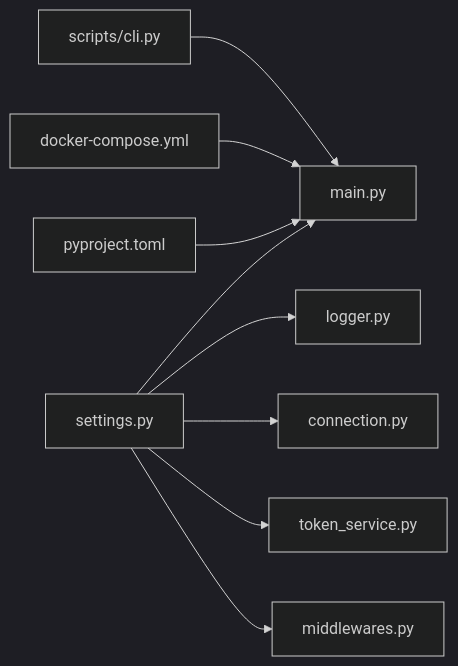
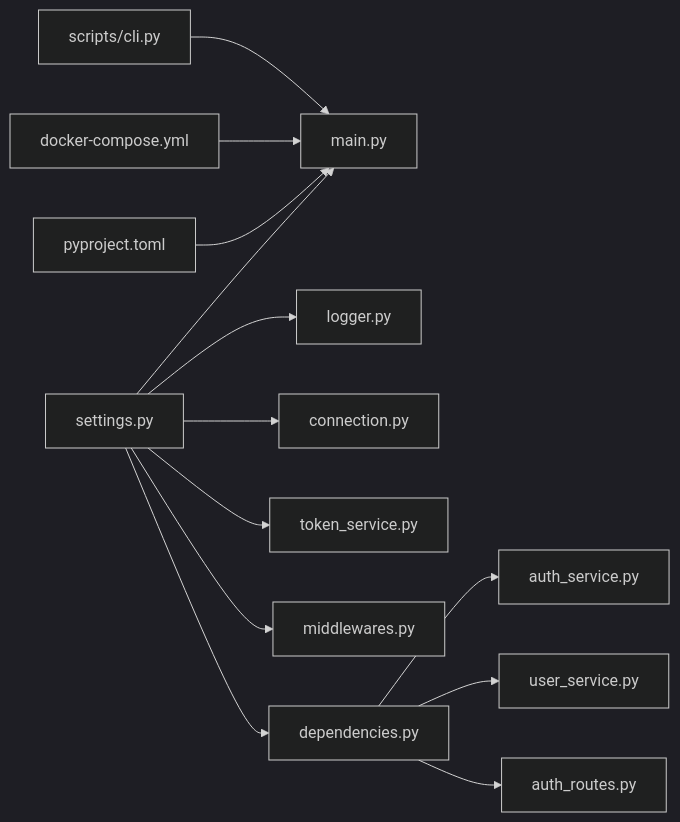
Before and after one commit to taoweidong/Hello-FastApi: the sixth of 6 diagrams in .qoder/repowiki/zh/content/后端架构设计/配置管理系统.md, drawn with Mermaid (dark theme). The commit also changed other lines of this file and 18 other files, not shown here.

````diff
--- a/.qoder/repowiki/zh/content/后端架构设计/配置管理系统.md
+++ b/.qoder/repowiki/zh/content/后端架构设计/配置管理系统.md
@@ -343,11 +435,15 @@
 ```mermaid
 graph LR
 Settings["settings.py"] --> Main["main.py"]
 Settings --> Logger["logger.py"]
 Settings --> DB["connection.py"]
 Settings --> Token["token_service.py"]
 Settings --> MW["middlewares.py"]
+Settings --> Deps["dependencies.py"]
+Deps --> AuthSvc["auth_service.py"]
+Deps --> UserSvc["user_service.py"]
+Deps --> Routes["auth_routes.py"]
 CLI["scripts/cli.py"] --> Main
 DC["docker-compose.yml"] --> Main
 PY["pyproject.toml"] --> Main
 ```
````
